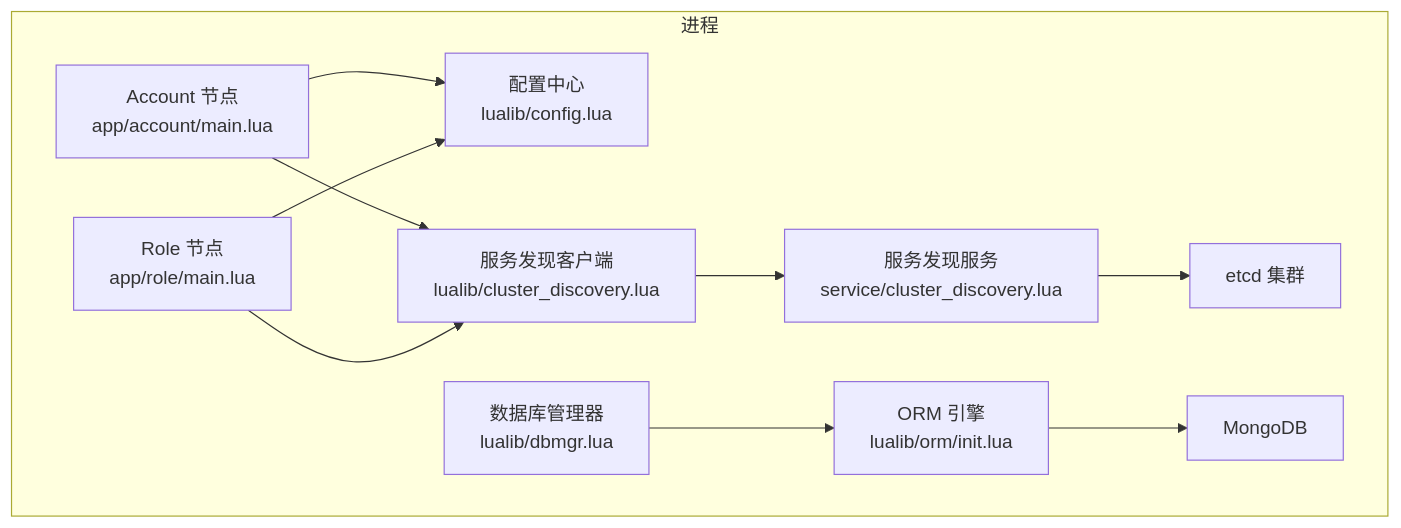
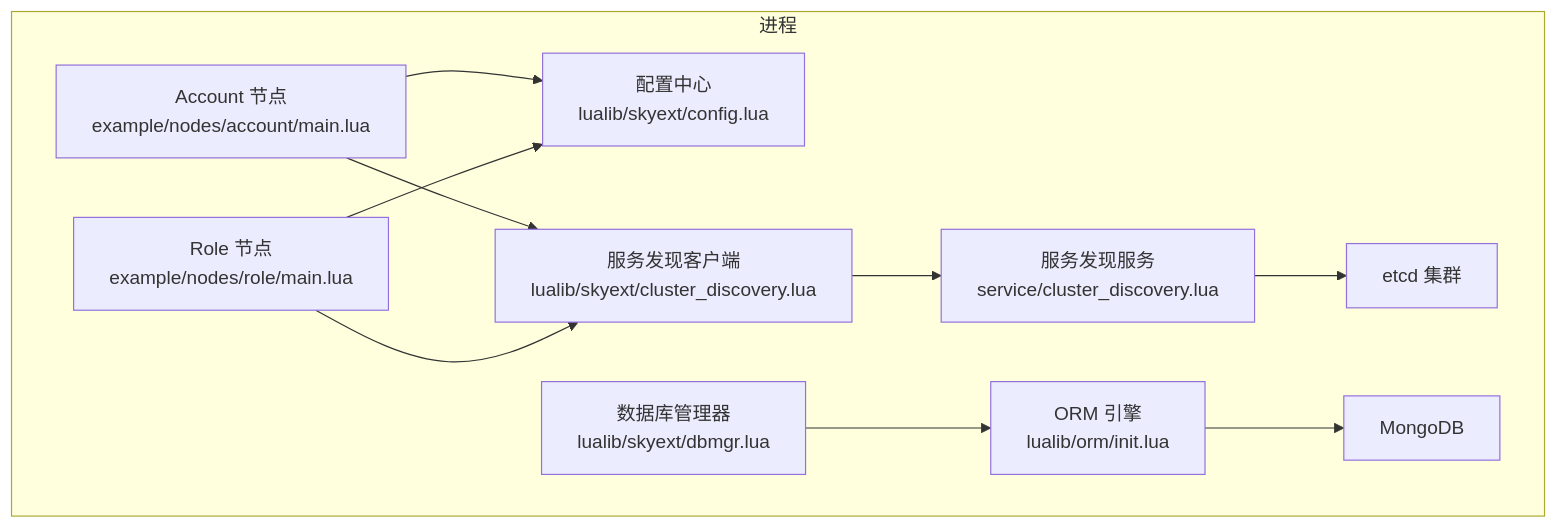
One commit to hanxi/skyext changed the second of 8 diagrams in docs/repowiki/zh/content/项目概述.md. Above: the diagram before and after it, drawn with Mermaid. The commit also changed other lines of this file and 117 other files, not shown here.

````diff
--- a/docs/repowiki/zh/content/项目概述.md
+++ b/docs/repowiki/zh/content/项目概述.md
@@ -95,22 +95,22 @@
 ```mermaid
 graph TB
 subgraph "进程"
-ACC["Account 节点<br/>app/account/main.lua"]
-ROLE["Role 节点<br/>app/role/main.lua"]
-CD_CLI["服务发现客户端<br/>lualib/cluster_discovery.lua"]
+ACC["Account 节点<br/>example/nodes/account/main.lua"]
+ROLE["Role 节点<br/>example/nodes/role/main.lua"]
+CD_CLI["服务发现客户端<br/>lualib/skyext/cluster_discovery.lua"]
 CD_SVC["服务发现服务<br/>service/cluster_discovery.lua"]
-DBM["数据库管理器<br/>lualib/dbmgr.lua"]
+DBM["数据库管理器<br/>lualib/skyext/dbmgr.lua"]
 ORM["ORM 引擎<br/>lualib/orm/init.lua"]
-CFG["配置中心<br/>lualib/config.lua"]
+CFG["配置中心<br/>lualib/skyext/config.lua"]
 ETCD["etcd 集群"]
 MONGO["MongoDB"]
 end
 ACC --> CFG
 ROLE --> CFG
 ACC --> CD_CLI
 ROLE --> CD_CLI
 CD_CLI --> CD_SVC
 CD_SVC --> ETCD
 DBM --> ORM
 ORM --> MONGO
 ```
````
